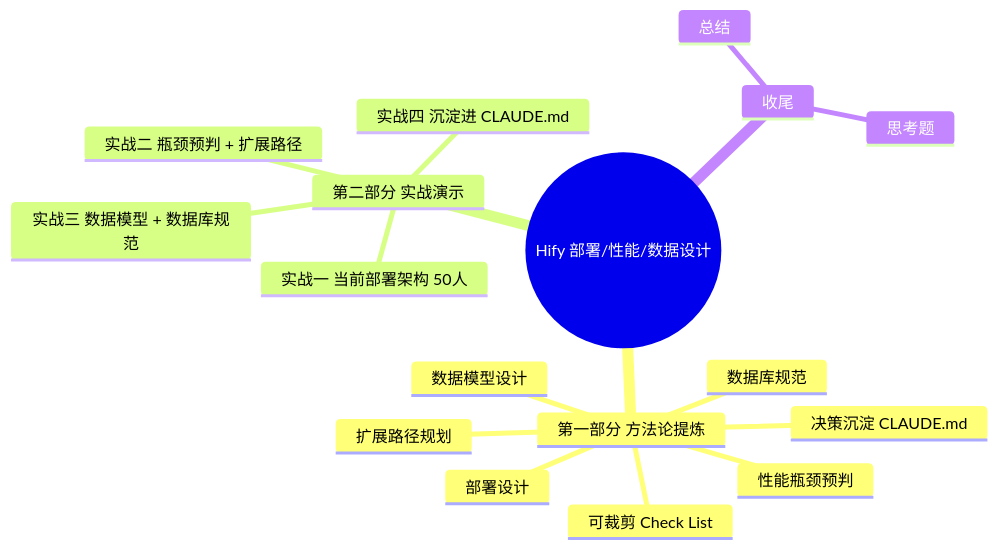
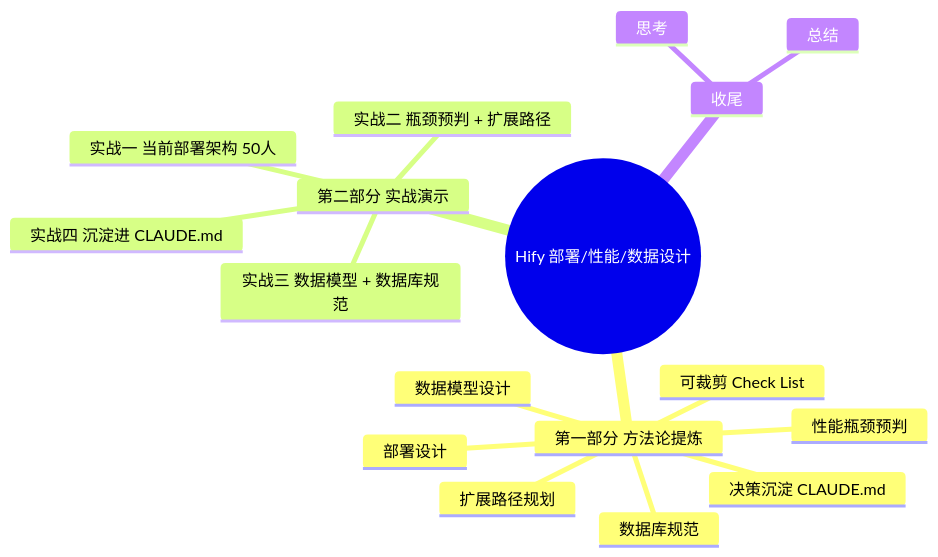
One commit to fangkun119/tech-page changed the first of 3 diagrams in _posts/2026-07-01-aicent-05-performance-and-data-design.md. Above: the diagram before and after it, drawn with Mermaid. The commit also changed 1082 other files, not shown here.

````diff
--- a/_posts/2026-07-01-aicent-05-performance-and-data-design.md
+++ b/_posts/2026-07-01-aicent-05-performance-and-data-design.md
@@ -29,20 +29,20 @@
 ```mermaid
 mindmap
   root((Hify 部署/性能/数据设计))
     第一部分 方法论提炼
       部署设计
       性能瓶颈预判
       扩展路径规划
       数据模型设计
       数据库规范
       决策沉淀 CLAUDE.md
       可裁剪 Check List
     第二部分 实战演示
       实战一 当前部署架构 50人
       实战二 瓶颈预判 + 扩展路径
       实战三 数据模型 + 数据库规范
       实战四 沉淀进 CLAUDE.md
     收尾
       总结
-      思考题
+      思考
 ```
````
